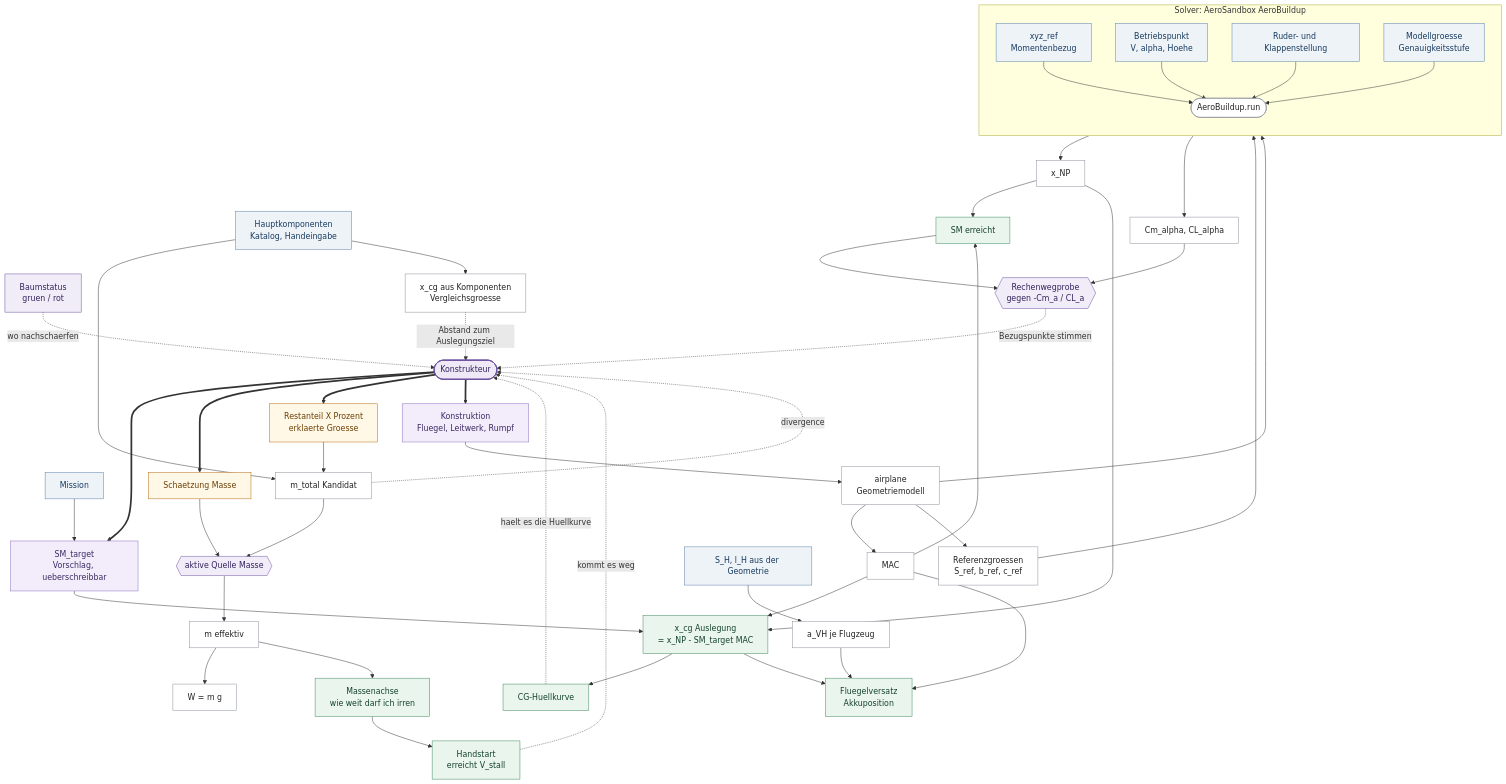
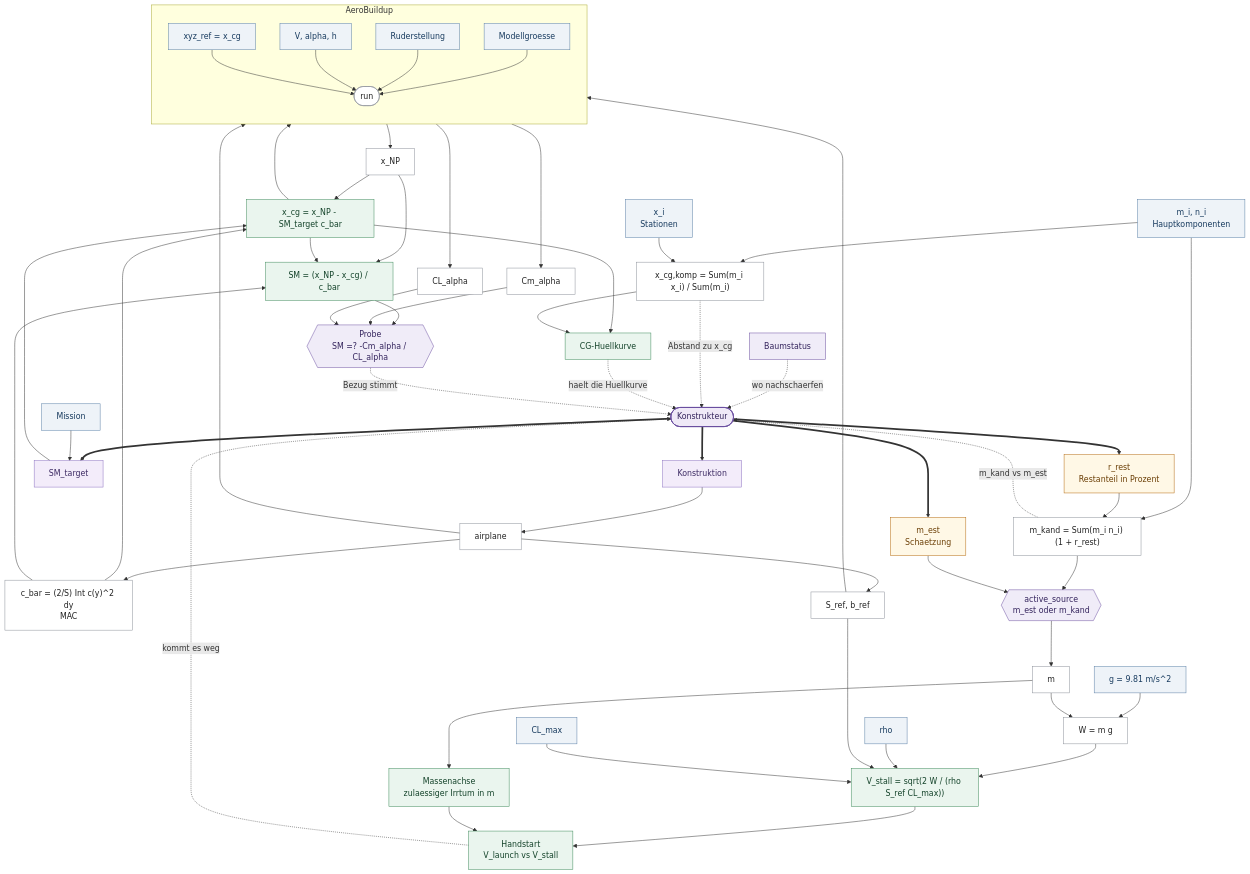
The second of 2 diagrams in _reversa_sdd/calculations/canon/PFAD3.md (szymansk/da3Dalus), drawn with Mermaid before and after one commit. The commit also changed other lines of this file and 1 other file, not shown here.

Commit message:
docs(spec): formulas go in the boxes, and every symbol gets an incoming edge
The maintainer's objection: a law is approved on its formula and its
inputs, so a graph showing only names cannot be approved — one cannot see
whether the preconditions are all there. And the symbols must match, or
the check is not possible at all.

The target graph now carries the relation in each law's box, and every
symbol appearing in a relation has an incoming edge from a node bearing
that same symbol. That surfaced inputs the previous drawing had merged or
renamed: the mass sum's residual share, the reference area and CL_max
behind V_stall, gravity behind the weight, the two derivatives behind the
route check.

The rule is worth stating because it is mechanically checkable: a symbol
without an edge is an unsupplied input; an edge onto a symbol that
appears in no relation is a dependency nobody uses. Both show up while
drawing rather than while reading code.

The correction branch is left out pending the maintainer's decision on
whether wing-shift and tail-scale suggestions are wanted at all.

Claude-Session: https://claude.ai/code/session_01Mi6hrNvR7cmwACXYAoStnv

````diff
--- a/_reversa_sdd/calculations/canon/PFAD3.md
+++ b/_reversa_sdd/calculations/canon/PFAD3.md
@@ -432,87 +432,109 @@
   classDef chk fill:#f0ecf8,stroke:#6b4fa0,color:#33235c
 
   DES(["Konstrukteur"]):::des
+  MISS["Mission"]:::inp
 
-  MISS["Mission"]:::inp
-  SMT["SM_target<br/>Vorschlag, ueberschreibbar"]:::choice
-  ESTM["Schaetzung Masse"]:::est
+  KONSTR["Konstruktion"]:::choice
+  GEO["airplane"]:::drv
+  MAC["c_bar = (2/S) Int c(y)^2 dy<br/>MAC"]:::drv
+  SREF["S_ref, b_ref"]:::drv
 
-  KOMP["Hauptkomponenten<br/>Katalog, Handeingabe"]:::inp
-  REST["Restanteil X Prozent<br/>erklaerte Groesse"]:::est
-  MSUM["m_total Kandidat"]:::drv
-  STAT["Baumstatus<br/>gruen / rot"]:::chk
-  SWM{{"aktive Quelle Masse"}}:::chk
-  MEFF["m effektiv"]:::drv
+  SMT["SM_target"]:::choice
+  ESTM["m_est<br/>Schaetzung"]:::est
+  REST["r_rest<br/>Restanteil in Prozent"]:::est
+  KOMP["m_i, n_i<br/>Hauptkomponenten"]:::inp
+  STAT["Baumstatus"]:::chk
+
+  MSUM["m_kand = Sum(m_i n_i) (1 + r_rest)"]:::drv
+  SWM{{"active_source<br/>m_est oder m_kand"}}:::chk
+  MEFF["m"]:::drv
+  GRAV["g = 9.81 m/s^2"]:::inp
   W["W = m g"]:::drv
 
-  KONSTR["Konstruktion<br/>Fluegel, Leitwerk, Rumpf"]:::choice
-  GEO["airplane<br/>Geometriemodell"]:::drv
-  MAC["MAC"]:::drv
-  REFQ["Referenzgroessen<br/>S_ref, b_ref, c_ref"]:::drv
-
-  subgraph SOLVER["Solver: AeroSandbox AeroBuildup"]
+  subgraph SOLVER["AeroBuildup"]
     direction TB
-    XYZ["xyz_ref<br/>Momentenbezug"]:::inp
-    OP["Betriebspunkt<br/>V, alpha, Hoehe"]:::inp
-    CTRL["Ruder- und Klappenstellung"]:::inp
-    FID["Modellgroesse<br/>Genauigkeitsstufe"]:::inp
-    RUN(["AeroBuildup.run"]):::drv
+    XYZ["xyz_ref = x_cg"]:::inp
+    OP["V, alpha, h"]:::inp
+    CTRL["Ruderstellung"]:::inp
+    FID["Modellgroesse"]:::inp
+    RUN(["run"]):::drv
     XYZ --> RUN
     OP --> RUN
     CTRL --> RUN
     FID --> RUN
   end
+
   XNP["x_NP"]:::drv
-  CMA["Cm_alpha, CL_alpha"]:::drv
-  SM["SM erreicht"]:::out
-  RT{{"Rechenwegprobe<br/>gegen -Cm_a / CL_a"}}:::chk
-  CGD["x_cg Auslegung<br/>= x_NP - SM_target MAC"]:::out
+  CMA["Cm_alpha"]:::drv
+  CLA["CL_alpha"]:::drv
 
-  CGK["x_cg aus Komponenten<br/>Vergleichsgroesse"]:::drv
+  CGD["x_cg = x_NP - SM_target c_bar"]:::out
+  SM["SM = (x_NP - x_cg) / c_bar"]:::out
+  RT{{"Probe<br/>SM =? -Cm_alpha / CL_alpha"}}:::chk
+
+  XI["x_i<br/>Stationen"]:::inp
+  CGK["x_cg,komp = Sum(m_i x_i) / Sum(m_i)"]:::drv
+
+  VS["V_stall = sqrt(2 W / (rho S_ref CL_max))"]:::out
+  CLMAX["CL_max"]:::inp
+  RHO["rho"]:::inp
   ENV["CG-Huellkurve"]:::out
-  MENV["Massenachse<br/>wie weit darf ich irren"]:::out
-  HAND["Handstart<br/>erreicht V_stall"]:::out
+  MENV["Massenachse<br/>zulaessiger Irrtum in m"]:::out
+  HAND["Handstart<br/>V_launch vs V_stall"]:::out
 
-  SH["S_H, l_H aus der Geometrie"]:::inp
-  AVH["a_VH je Flugzeug"]:::drv
-  SUG["Fluegelversatz<br/>Akkuposition"]:::out
-
-  MISS --> SMT
-  DES ==> SMT
+  DES ==> KONSTR
   DES ==> ESTM
   DES ==> REST
+  DES ==> SMT
+  MISS --> SMT
+
+  KONSTR --> GEO
+  GEO --> MAC
+  GEO --> SREF
+  GEO --> RUN
+  SREF --> RUN
 
   KOMP --> MSUM
   REST --> MSUM
   MSUM --> SWM
   ESTM --> SWM
-  SWM --> MEFF --> W
+  SWM --> MEFF
+  GRAV --> W
+  MEFF --> W
+
+  RUN --> XNP
+  RUN --> CMA
+  RUN --> CLA
+
+  XNP --> CGD
+  MAC --> CGD
+  SMT --> CGD
+  CGD --> XYZ
+
+  XNP --> SM
+  MAC --> SM
+  CGD --> SM
+  SM --> RT
+  CMA --> RT
+  CLA --> RT
+
+  KOMP --> CGK
+  XI --> CGK
+
+  W --> VS
+  RHO --> VS
+  SREF --> VS
+  CLMAX --> VS
+  VS --> HAND
   MEFF --> MENV --> HAND
 
-  KOMP --> CGK
-
-  DES ==> KONSTR --> GEO
-  GEO --> MAC
-  GEO --> REFQ
-  GEO --> RUN
-  REFQ --> RUN
-  RUN --> XNP --> SM
-  RUN --> CMA
-  MAC --> SM
-  CMA --> RT
-  SM --> RT
-  XNP --> CGD
-  MAC --> CGD
-  SMT --> CGD --> ENV
-
-  SH --> AVH --> SUG
-  MAC --> SUG
-  CGD --> SUG
+  CGD --> ENV
+  CGK --> ENV
 
   STAT -. "wo nachschaerfen" .-> DES
-  MSUM -. "divergence" .-> DES
-  CGK -. "Abstand zum Auslegungsziel" .-> DES
-  ENV -. "haelt es die Huellkurve" .-> DES
+  MSUM -. "m_kand vs m_est" .-> DES
+  CGK -. "Abstand zu x_cg" .-> DES
+  ENV -. "haelt die Huellkurve" .-> DES
   HAND -. "kommt es weg" .-> DES
-  RT -. "Bezugspunkte stimmen" .-> DES
+  RT -. "Bezug stimmt" .-> DES
 ```
````
